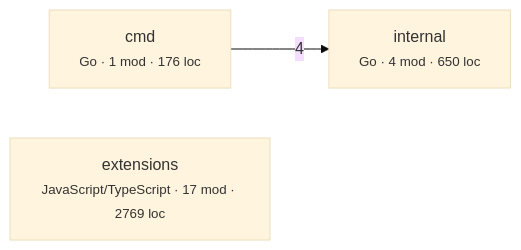
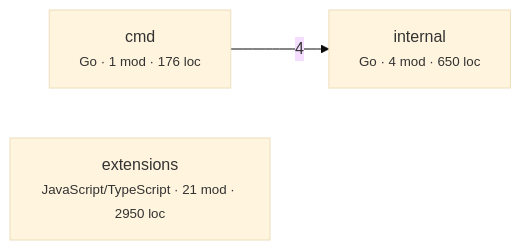
One commit to fabiocicerchia/expiry-radar changed the first of 3 diagrams in ARCHITECTURE.md. Above: the diagram before and after it, drawn with Mermaid (base theme). The commit also changed other lines of this file and 1 other file, not shown here.

First line of the commit message:
docs(DOCS): regenerate the architecture map for the split extensions

````diff
--- a/ARCHITECTURE.md
+++ b/ARCHITECTURE.md
@@ -223,7 +206,7 @@
 ```mermaid
 graph LR
   cmd["cmd<br/><small>Go · 1 mod · 176 loc</small>"]
-  extensions["extensions<br/><small>JavaScript/TypeScript · 17 mod · 2769 loc</small>"]
+  extensions["extensions<br/><small>JavaScript/TypeScript · 21 mod · 2950 loc</small>"]
   internal["internal<br/><small>Go · 4 mod · 650 loc</small>"]
   cmd -->|4| internal
 ```
````
